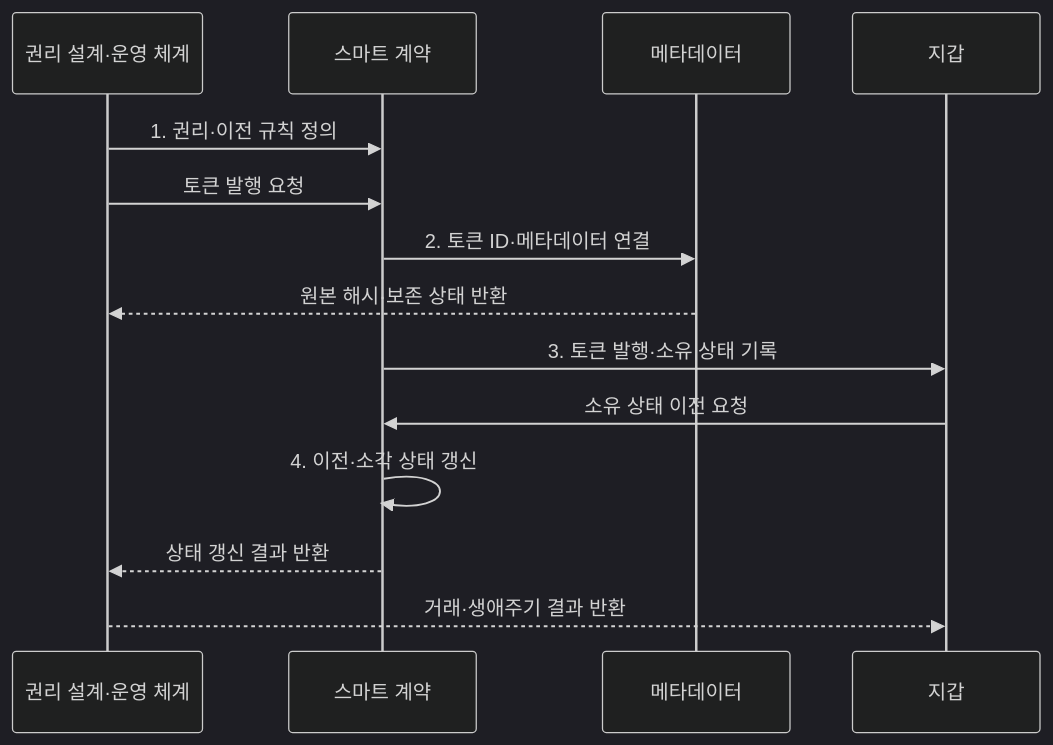
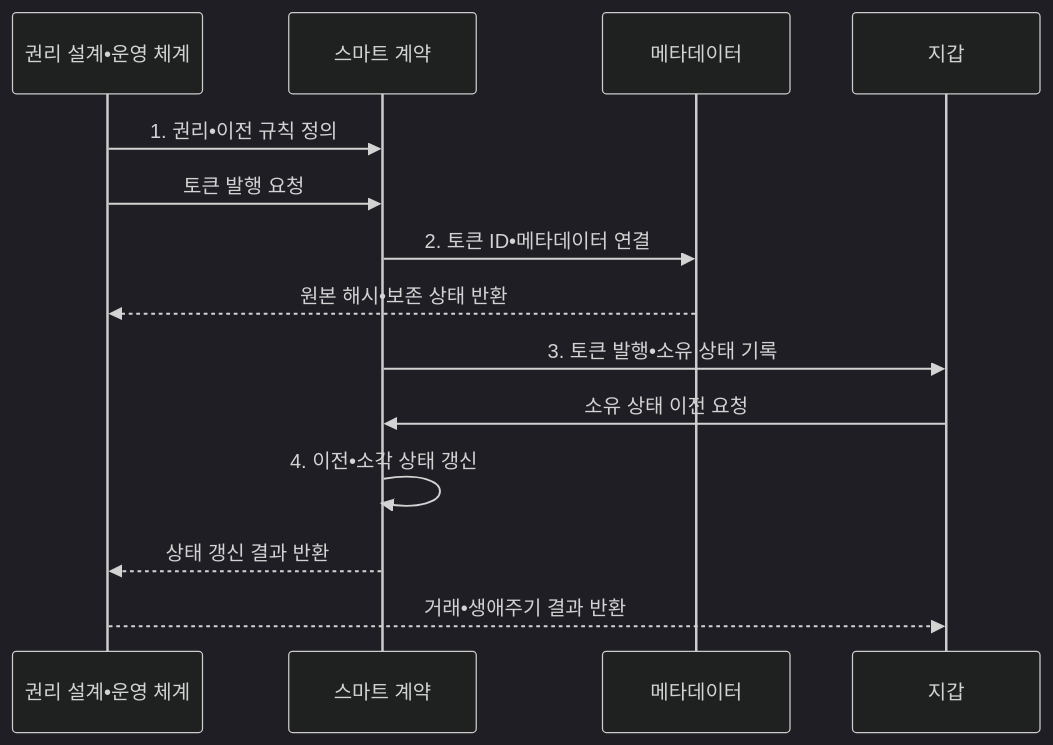
The second of 2 diagrams in src/content/docs/notes/08-latest-tech/223_nft_non_fungible_token.md (agnusdei1207/knowledge-base), drawn with Mermaid (dark theme) before and after one commit. The commit also changed other lines of this file and 953 other files, not shown here.

````diff
--- a/src/content/docs/notes/08-latest-tech/223_nft_non_fungible_token.md
+++ b/src/content/docs/notes/08-latest-tech/223_nft_non_fungible_token.md
@@ -101,16 +101,16 @@
 ```mermaid
 sequenceDiagram
-    participant R as 권리 설계·운영 체계
+    participant R as 권리 설계•운영 체계
   participant C as 스마트 계약
   participant M as 메타데이터
   participant W as 지갑
-  R->>C: 1. 권리·이전 규칙 정의
+  R->>C: 1. 권리•이전 규칙 정의
     R->>C: 토큰 발행 요청
-  C->>M: 2. 토큰 ID·메타데이터 연결
-    M-->>R: 원본 해시·보존 상태 반환
-  C->>W: 3. 토큰 발행·소유 상태 기록
+  C->>M: 2. 토큰 ID•메타데이터 연결
+    M-->>R: 원본 해시•보존 상태 반환
+  C->>W: 3. 토큰 발행•소유 상태 기록
   W->>C: 소유 상태 이전 요청
-  C->>C: 4. 이전·소각 상태 갱신
+  C->>C: 4. 이전•소각 상태 갱신
     C-->>R: 상태 갱신 결과 반환
-    R-->>W: 거래·생애주기 결과 반환
+    R-->>W: 거래•생애주기 결과 반환
 ```
````
